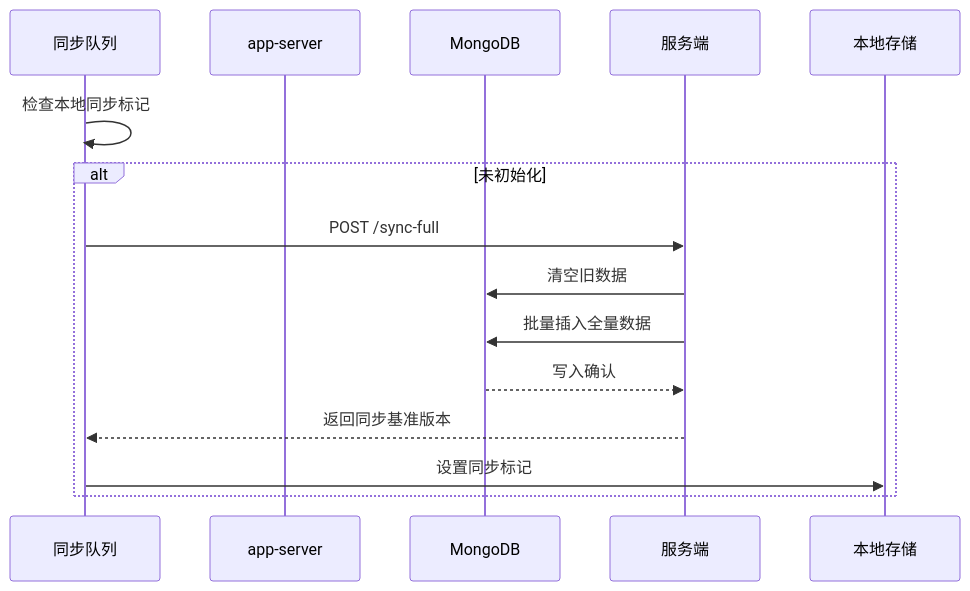
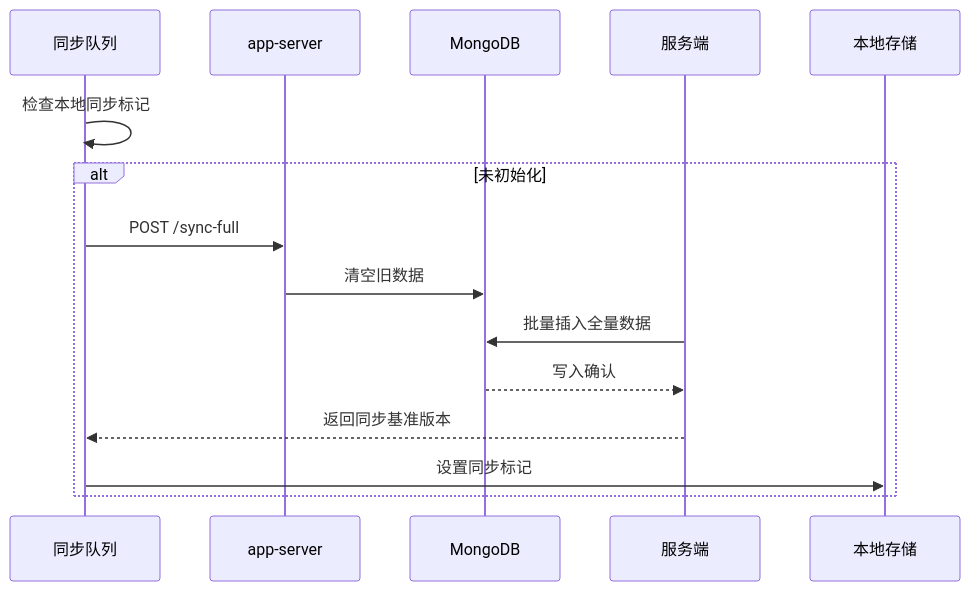
The diagram in all/未命名-24.md (yingjianzh/iodraw-files), drawn with Mermaid before and after one commit.

Commit message:
2025-02-21 18:24:42 update

````diff
--- a/all/未命名-24.md
+++ b/all/未命名-24.md
@@ -1,16 +1,16 @@
 ```mermaid
 sequenceDiagram
     participant 同步队列
     participant app-server
     participant MongoDB
 
     同步队列->>同步队列: 检查本地同步标记
     alt 未初始化
-        同步队列->>服务端: POST /sync-full
-        服务端->>MongoDB: 清空旧数据
+        同步队列->>app-server: POST /sync-full
+        app-server->>MongoDB: 清空旧数据
         服务端->>MongoDB: 批量插入全量数据
         MongoDB-->>服务端: 写入确认
         服务端-->>同步队列: 返回同步基准版本
         同步队列->>本地存储: 设置同步标记
     end
 ```
````
